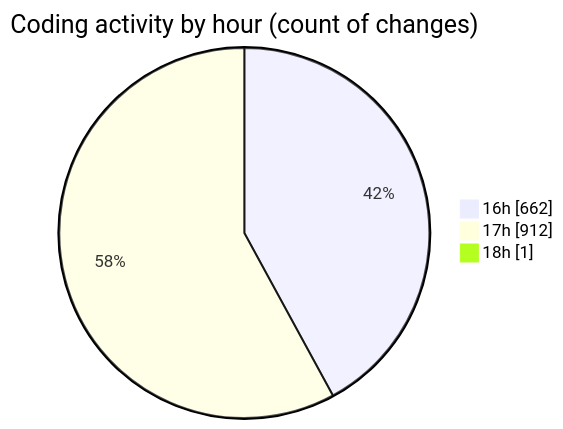
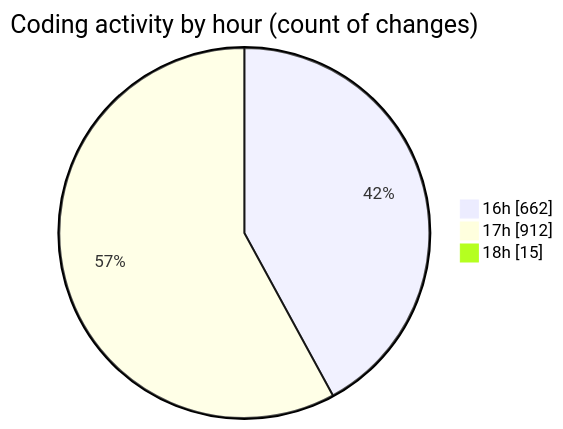
One commit to nxtqubesakshisongat/code-tracking changed the second of 2 diagrams in 2025-04-11/nxtqube_webapp/README.md. Above: the diagram before and after it, drawn with Mermaid. The commit also changed other lines of this file and 1 other file, not shown here.

````diff
--- a/2025-04-11/nxtqube_webapp/README.md
+++ b/2025-04-11/nxtqube_webapp/README.md
@@ -34,7 +35,7 @@
 ```mermaid
 pie showData
 title Coding activity by hour (count of changes)
 "16h" : 662
 "17h" : 912
-"18h" : 1
+"18h" : 15
 ```
````
